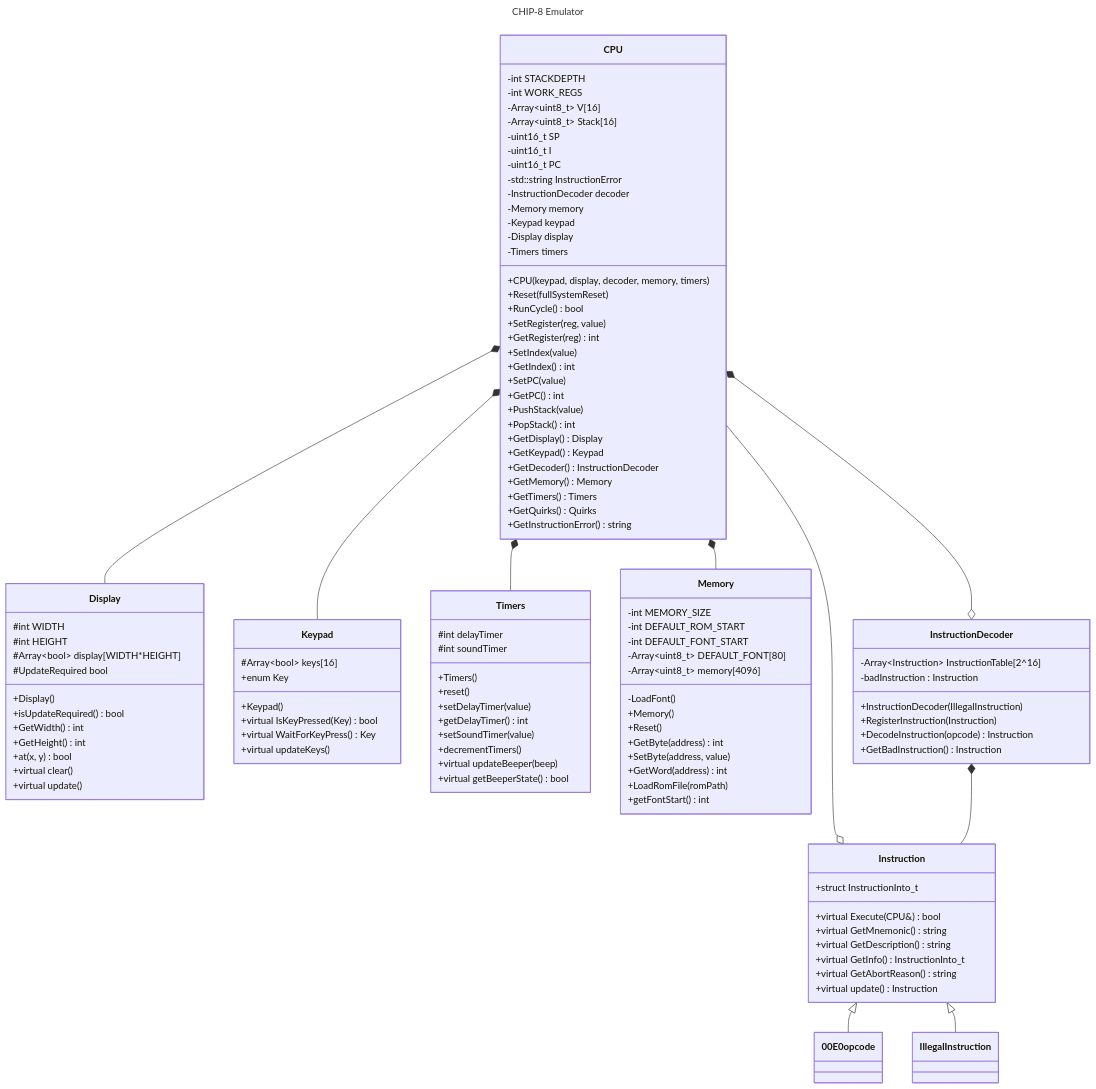
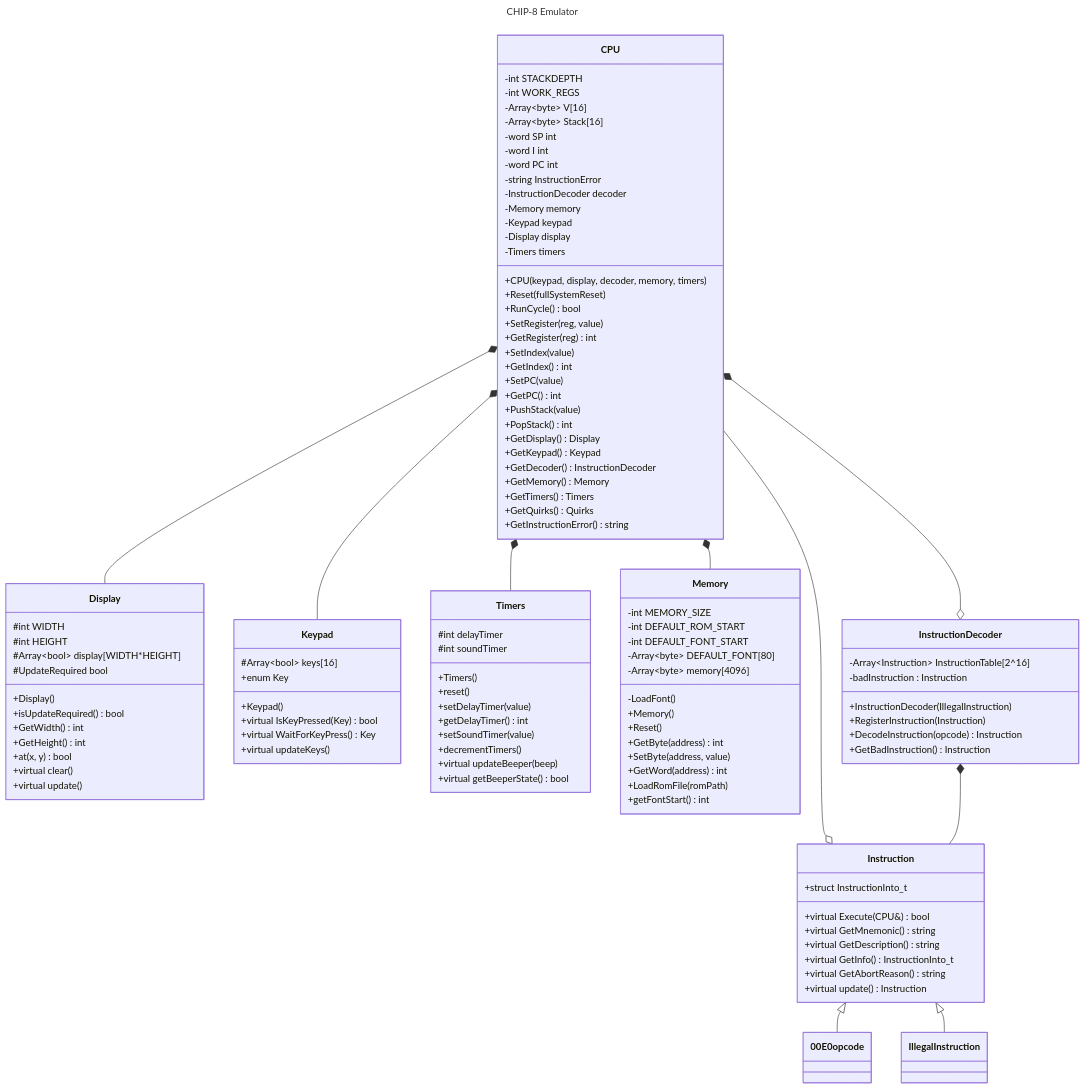
The diagram in libraries/chip8++/README.md (gfcwfzkm/chip8-), drawn with Mermaid before and after one commit. The commit also changed 16 other files, not shown here.

Commit message:
Some changes to get even more debug information in case of an instruction error

```diff
--- a/libraries/chip8++/README.md
+++ b/libraries/chip8++/README.md
@@ -47,12 +47,12 @@
     class CPU{
 		-int STACKDEPTH
 		-int WORK_REGS
-		-Array~uint8_t~ V[16]
-        -Array~uint8_t~ Stack[16]
-        -uint16_t SP
-        -uint16_t I
-        -uint16_t PC
-		-std::string InstructionError
+		-Array~byte~ V[16]
+        -Array~byte~ Stack[16]
+        -word SP int
+        -word I int
+        -word PC int
+		-string InstructionError
 		-InstructionDecoder decoder
 		-Memory memory
 		-Keypad keypad
@@ -82,8 +82,8 @@
 		-int MEMORY_SIZE
 		-int DEFAULT_ROM_START
 		-int DEFAULT_FONT_START
-		-Array~uint8_t~ DEFAULT_FONT[80]
-		-Array~uint8_t~ memory[4096]
+		-Array~byte~ DEFAULT_FONT[80]
+		-Array~byte~ memory[4096]
 		-LoadFont()
 		+Memory()
 		+Reset()
```
